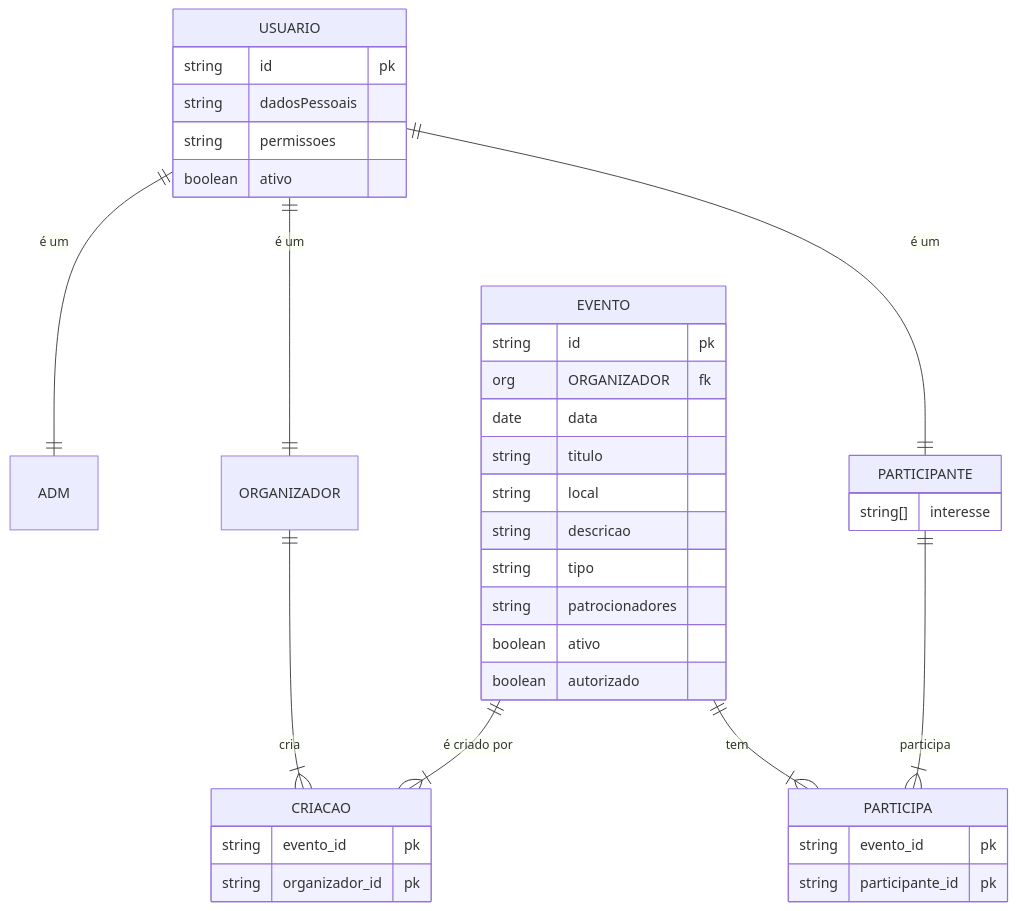
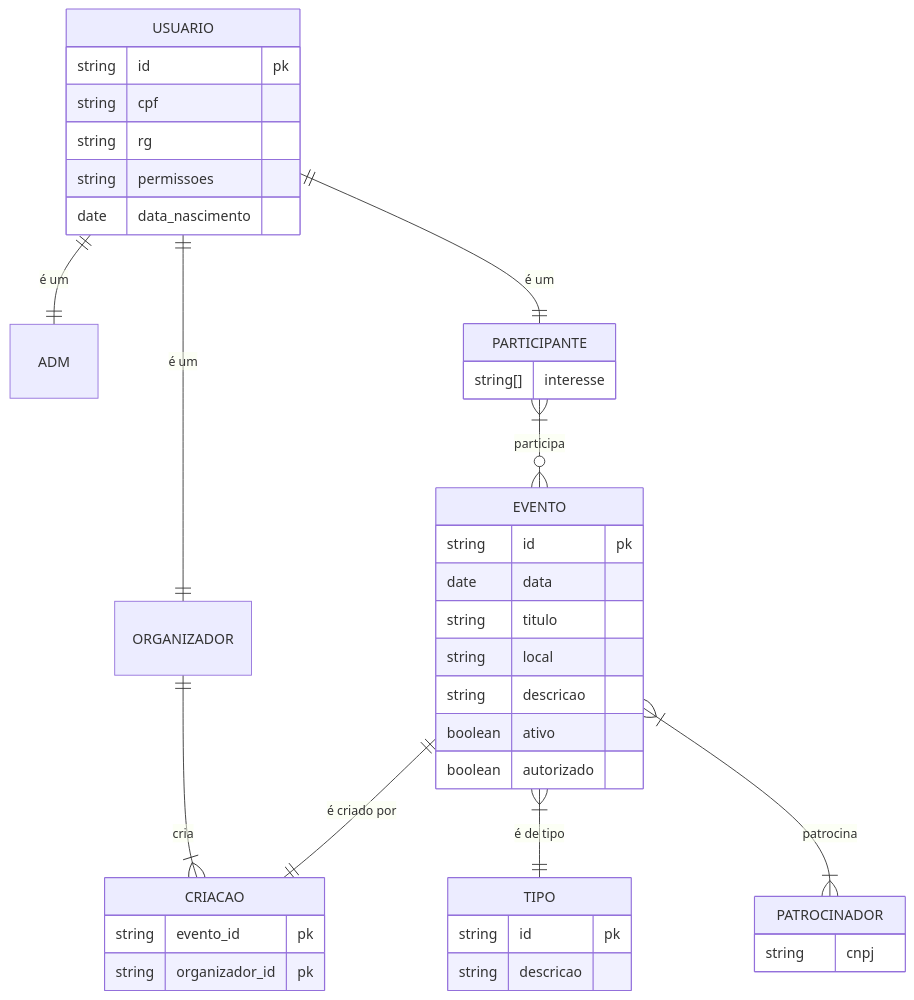
Before and after one commit to tallysdev/eventSync: the diagram in docs/modeloConceitual.md, drawn with Mermaid. The commit also changed 1 other file, not shown here.

Commit message:
docs(docs): add novo mer #2

````diff
--- a/docs/modeloConceitual.md
+++ b/docs/modeloConceitual.md
@@ -3,50 +3,57 @@
 ```mermaid
 erDiagram
     USUARIO {
         string id pk
-        string dadosPessoais
+        string cpf
+        string rg
         string permissoes
-        boolean ativo
+        date data_nascimento
     }
     
     ADM
-    
-    ORGANIZADOR
+
+    ORGANIZADOR 
     
     PARTICIPANTE {
         string[] interesse
     }
+    
+    TIPO {
+        string id pk
+        string descricao
+    }
 
-    USUARIO ||--|| ADM : "é um"
-    USUARIO ||--|| ORGANIZADOR : "é um"
-    USUARIO ||--|| PARTICIPANTE : "é um"
-    
     EVENTO {
         string id pk
-        org ORGANIZADOR fk
         date data
         string titulo
         string local
         string descricao
-        string tipo
-        string patrocionadores
         boolean ativo
         boolean autorizado
     }
 
+    PATROCINADOR{
+        string cnpj
+    }
+    
     CRIACAO {
         string evento_id pk
         string organizador_id pk
     }
+    
+    %% PARTICIPA {
+    %%     string evento_id pk
+    %%     string participante_id pk
+    %% }
 
-    EVENTO ||--|{ CRIACAO : "é criado por"
+    USUARIO ||--|| ORGANIZADOR : "é um"
+    USUARIO ||--|| PARTICIPANTE : "é um"
+    USUARIO ||--|| ADM : "é um"
+    %% Na duvida se isso se mantém PARTICIPANTE ||--|{ PARTICIPA : participa
+    PARTICIPANTE }|--o{ EVENTO : "participa"
     ORGANIZADOR ||--|{ CRIACAO : cria
-    
-    PARTICIPA {
-        string evento_id pk
-        string participante_id pk
-    }
-
-    PARTICIPANTE ||--|{ PARTICIPA : participa
-    EVENTO ||--|{ PARTICIPA : tem
+    EVENTO ||--|| CRIACAO : "é criado por"
+    EVENTO }|--||TIPO : "é de tipo"
+    EVENTO }|--|{ PATROCINADOR : "patrocina"
 ```
````
